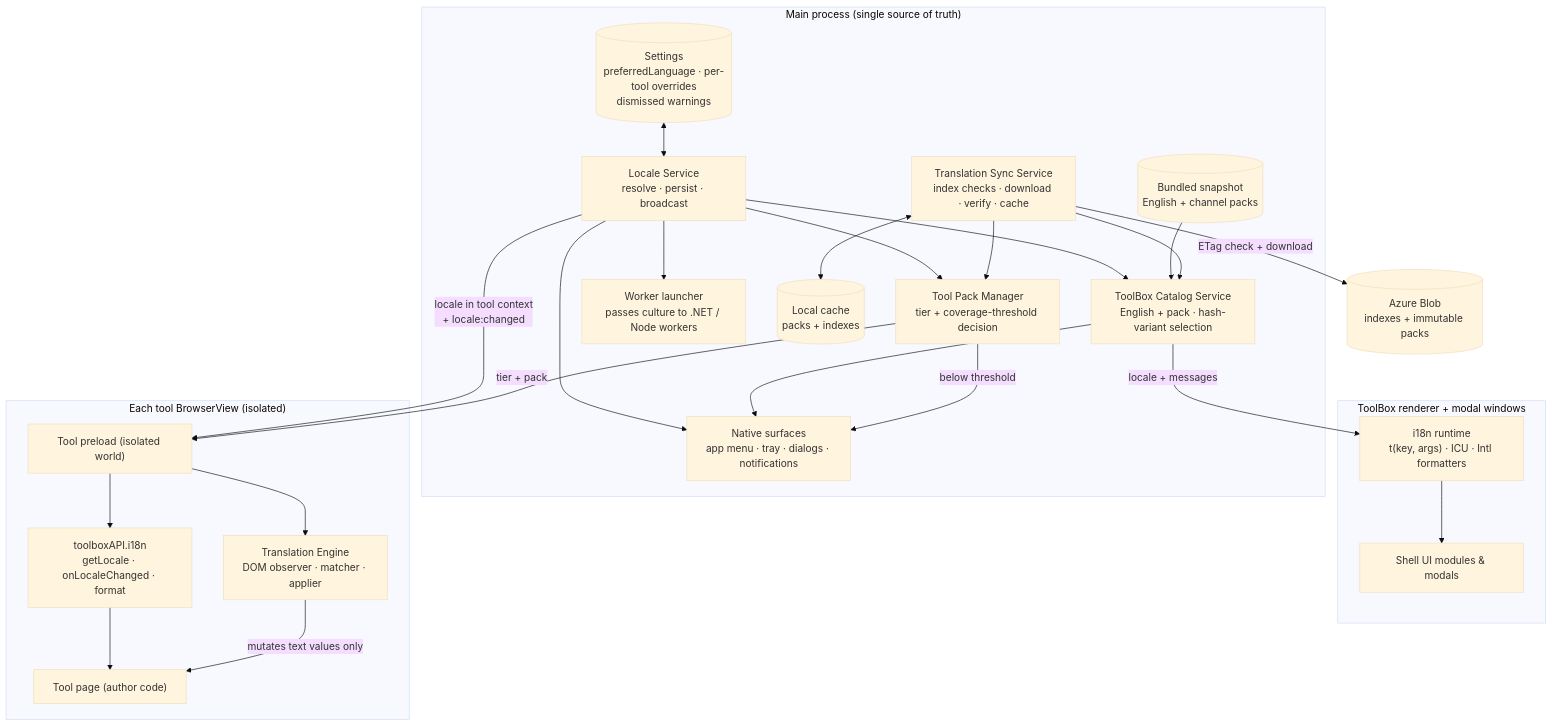
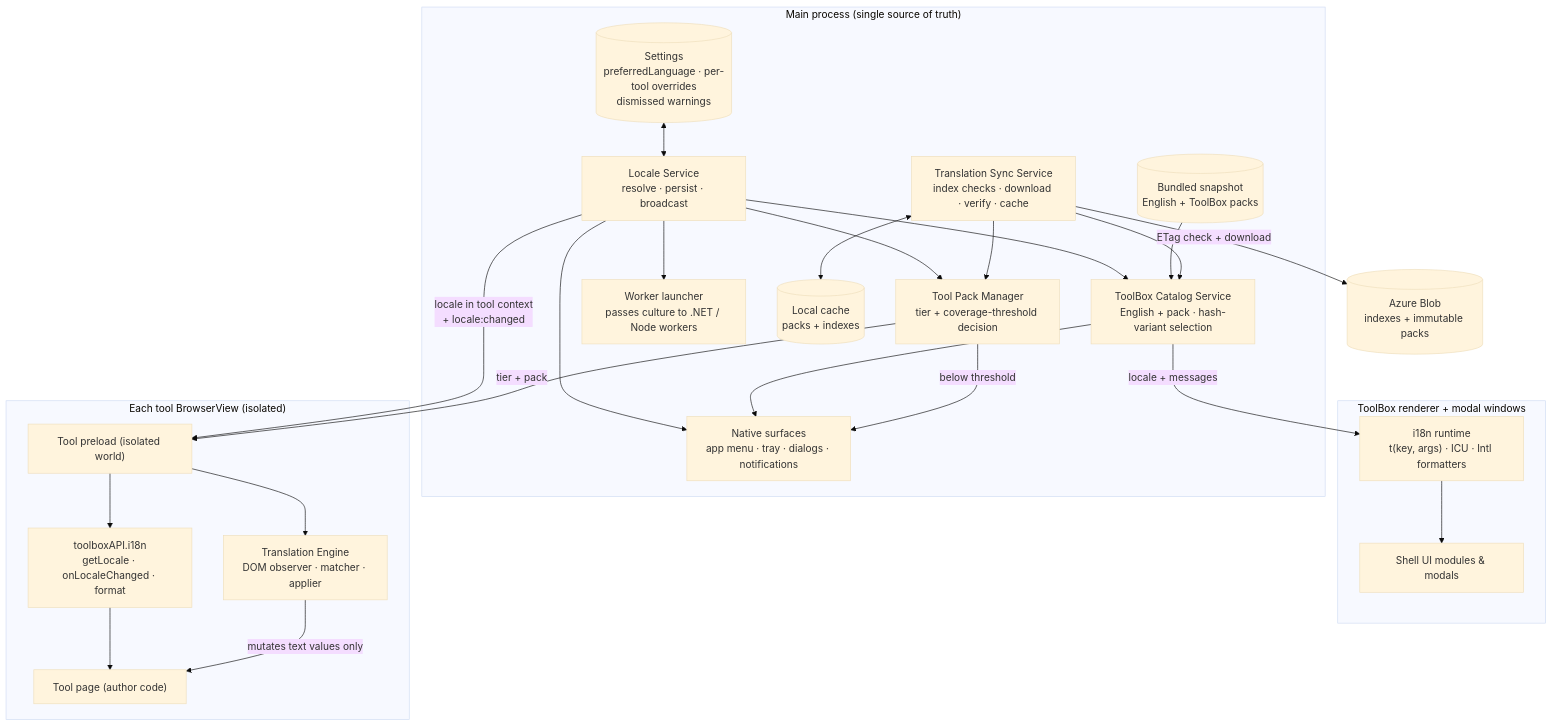
One commit to PowerPlatformToolBox/desktop-app changed the third of 9 diagrams in docs/LOCALIZATION_ARCHITECTURE.md. Above: the diagram before and after it, drawn with Mermaid (base theme). The commit also changed other lines of this file and 1 other file, not shown here.

Commit message:
Refine localization implementation prompts: clarify shared translation sets, update data layout, enhance translation sync service, and improve tool pack manager logic

````diff
--- a/docs/LOCALIZATION_ARCHITECTURE.md
+++ b/docs/LOCALIZATION_ARCHITECTURE.md
@@ -421,46 +465,46 @@
 ```mermaid
 flowchart TB
     subgraph Main["Main process (single source of truth)"]
         LOC["Locale Service<br/>resolve · persist · broadcast"]
         TS["Translation Sync Service<br/>index checks · download · verify · cache"]
         CAT["ToolBox Catalog Service<br/>English + pack · hash-variant selection"]
         PACK["Tool Pack Manager<br/>tier + coverage-threshold decision"]
         NAT["Native surfaces<br/>app menu · tray · dialogs · notifications"]
         WRK["Worker launcher<br/>passes culture to .NET / Node workers"]
         SET[("Settings<br/>preferredLanguage · per-tool overrides<br/>dismissed warnings")]
         CACHE[("Local cache<br/>packs + indexes")]
-        SNAP[("Bundled snapshot<br/>English + channel packs")]
+        SNAP[("Bundled snapshot<br/>English + ToolBox packs")]
     end
 
     subgraph Renderer["ToolBox renderer + modal windows"]
         I18N["i18n runtime<br/>t(key, args) · ICU · Intl formatters"]
         UI["Shell UI modules & modals"]
     end
 
     subgraph ToolView["Each tool BrowserView (isolated)"]
         PRE["Tool preload (isolated world)"]
         API["toolboxAPI.i18n<br/>getLocale · onLocaleChanged · format"]
         ENG["Translation Engine<br/>DOM observer · matcher · applier"]
         TOOL["Tool page (author code)"]
     end
 
     BLOB[("Azure Blob<br/>indexes + immutable packs")]
 
     SET <--> LOC
     LOC --> CAT
     LOC --> PACK
     LOC --> NAT
     LOC --> WRK
     TS <--> CACHE
     TS -- "ETag check + download" --> BLOB
     SNAP --> CAT
     TS --> CAT
     TS --> PACK
     CAT -- "locale + messages" --> I18N --> UI
     CAT --> NAT
     PACK -- "below threshold" --> NAT
     LOC -- "locale in tool context<br/>+ locale:changed" --> PRE
     PACK -- "tier + pack" --> PRE
     PRE --> API --> TOOL
     PRE --> ENG -- "mutates text values only" --> TOOL
 ```
````
